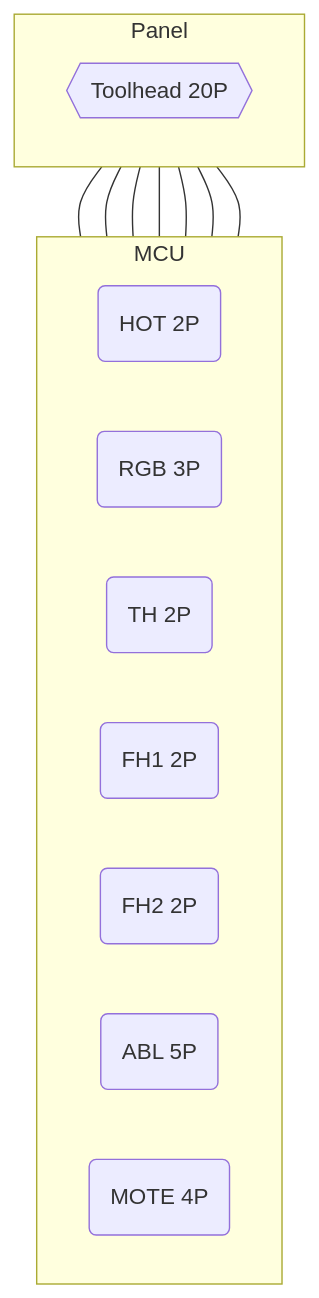
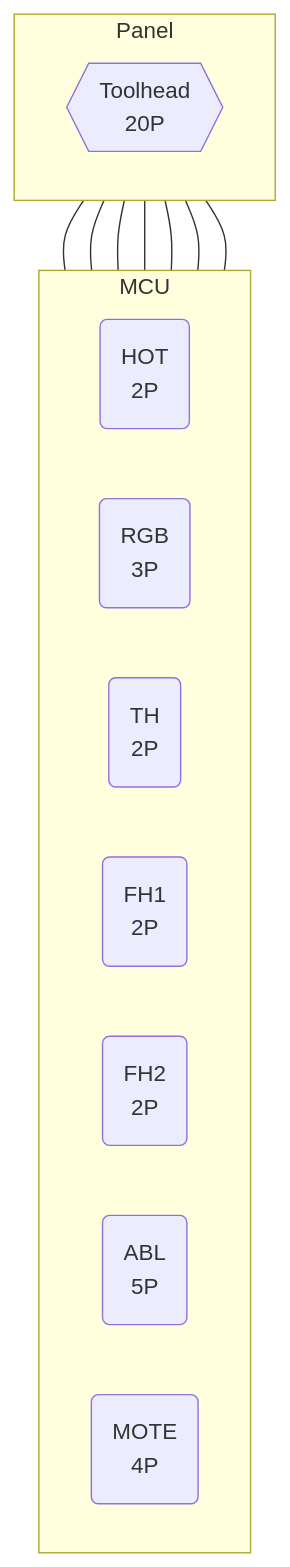
One commit to jon-harper/clockmaker-project changed the third of 4 diagrams in docs/wiring/multi2.md. Above: the diagram before and after it, drawn with Mermaid. The commit also changed other lines of this file, not shown here.

````diff
--- a/docs/wiring/multi2.md
+++ b/docs/wiring/multi2.md
@@ -87,24 +87,24 @@
 ```mermaid
 flowchart BT
     subgraph Panel
         direction LR
-        T{{"Toolhead 20P"}}
+        T{{"Toolhead\n20P"}}
     end
     subgraph MCU
         direction LR
-        HOT("HOT 2P")
-        RGB("RGB 3P")
-        TH("TH 2P")
-        FH1("FH1 2P")
-        FH2("FH2 2P")
-        ABL("ABL 5P")
-        MOTE("MOTE 4P")
+        HOT("HOT\n2P")
+        RGB("RGB\n3P")
+        TH("TH\n2P")
+        FH1("FH1\n2P")
+        FH2("FH2\n2P")
+        ABL("ABL \n5P")
+        MOTE("MOTE\n4P")
     end
     HOT --- T
     TH --- T
     FH1 --- T
     FH2 --- T
     ABL --- T
     MOTE --- T
     RGB --- T
 ```
````
